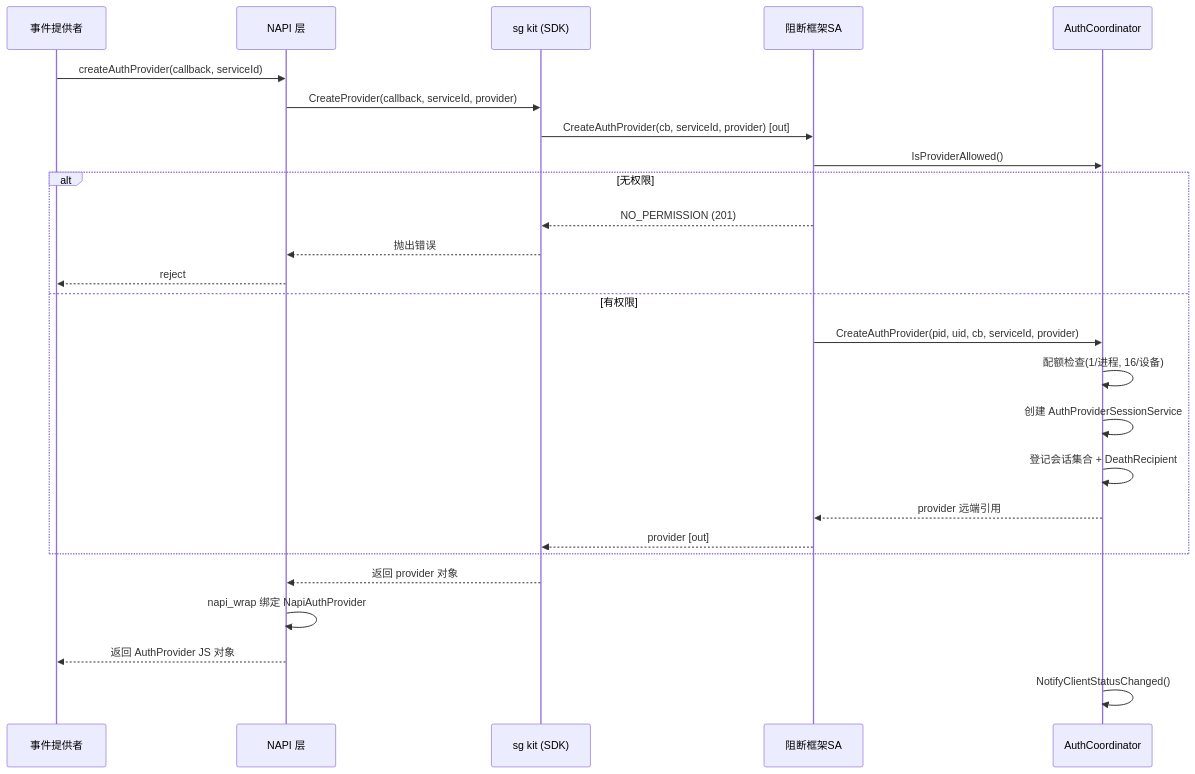
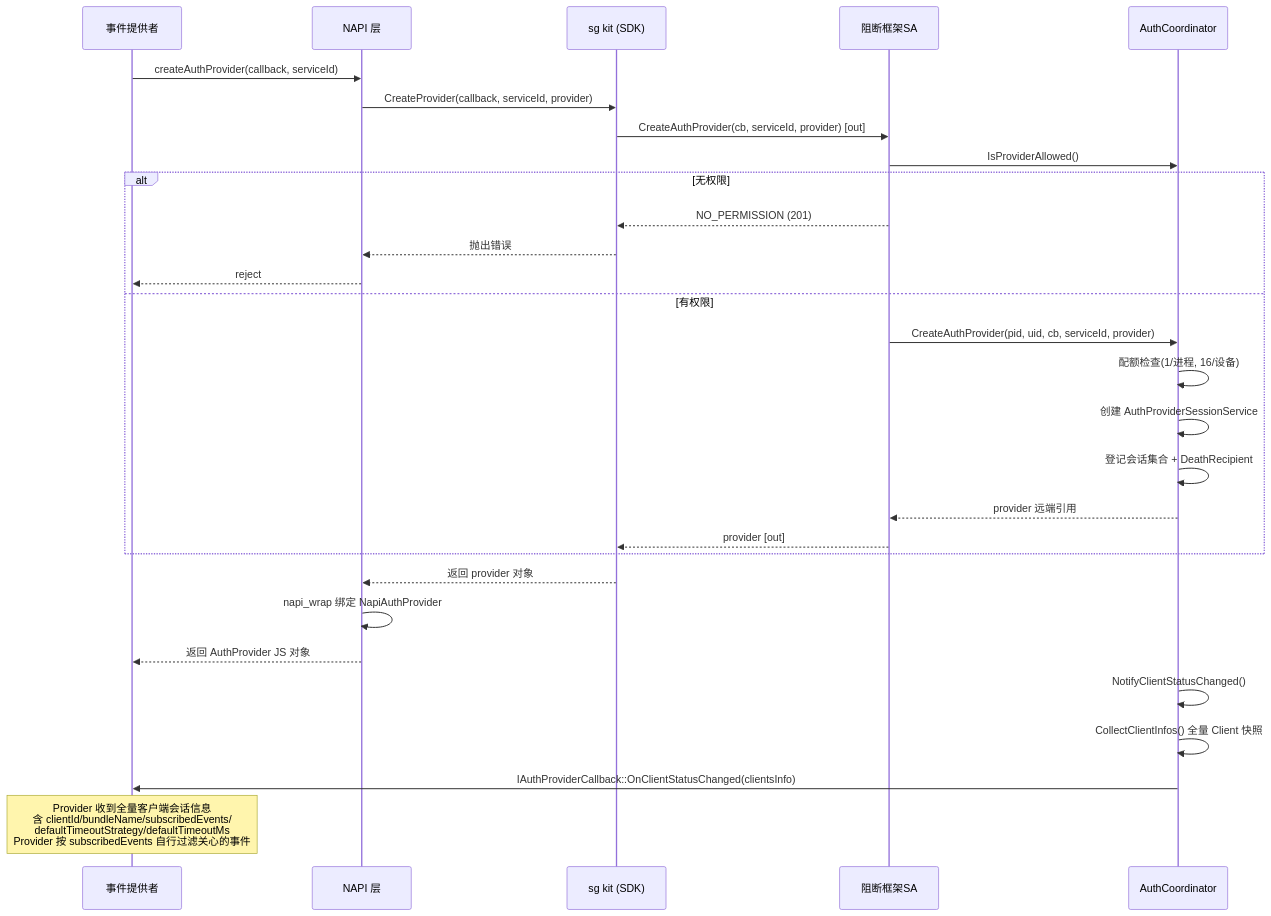
One commit to eclipse-oniro-mirrors/security_security_guard changed the third of 10 diagrams in .sdd/SR-20260806903302/design-doc.md. Above: the diagram before and after it, drawn with Mermaid. The commit also changed other lines of this file and 19 other files, not shown here.

````diff
--- a/.sdd/SR-20260806903302/design-doc.md
+++ b/.sdd/SR-20260806903302/design-doc.md
@@ -156,29 +171,32 @@
 ```mermaid
 sequenceDiagram
     participant EP as 事件提供者
     participant NAPI as NAPI 层
     participant SDK as sg kit (SDK)
     participant SA as 阻断框架SA
     participant AC as AuthCoordinator
 
     EP->>NAPI: createAuthProvider(callback, serviceId)
     NAPI->>SDK: CreateProvider(callback, serviceId, provider)
     SDK->>SA: CreateAuthProvider(cb, serviceId, provider) [out]
     SA->>AC: IsProviderAllowed()
     alt 无权限
         SA-->>SDK: NO_PERMISSION (201)
         SDK-->>NAPI: 抛出错误
         NAPI-->>EP: reject
     else 有权限
         SA->>AC: CreateAuthProvider(pid, uid, cb, serviceId, provider)
         AC->>AC: 配额检查(1/进程, 16/设备)
         AC->>AC: 创建 AuthProviderSessionService
         AC->>AC: 登记会话集合 + DeathRecipient
         AC-->>SA: provider 远端引用
         SA-->>SDK: provider [out]
     end
     SDK-->>NAPI: 返回 provider 对象
     NAPI->>NAPI: napi_wrap 绑定 NapiAuthProvider
     NAPI-->>EP: 返回 AuthProvider JS 对象
     AC->>AC: NotifyClientStatusChanged()
+    AC->>AC: CollectClientInfos() 全量 Client 快照
+    AC->>EP: IAuthProviderCallback::OnClientStatusChanged(clientsInfo)
+    Note over EP: Provider 收到全量客户端会话信息<br/>含 clientId/bundleName/subscribedEvents/<br/>defaultTimeoutStrategy/defaultTimeoutMs<br/>Provider 按 subscribedEvents 自行过滤关心的事件
 ```
````
